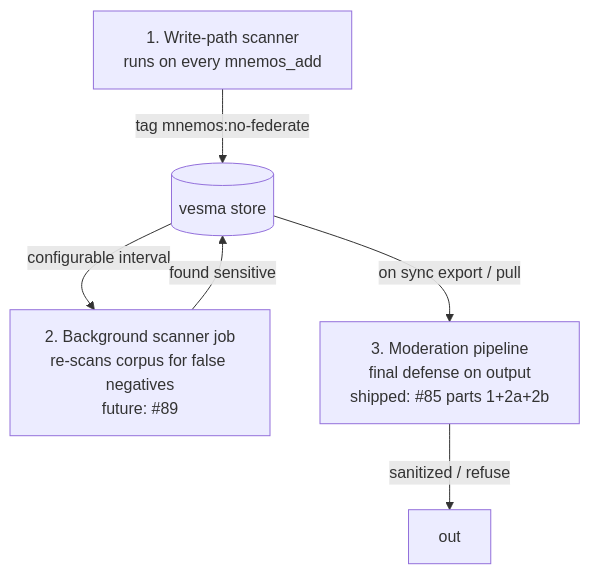
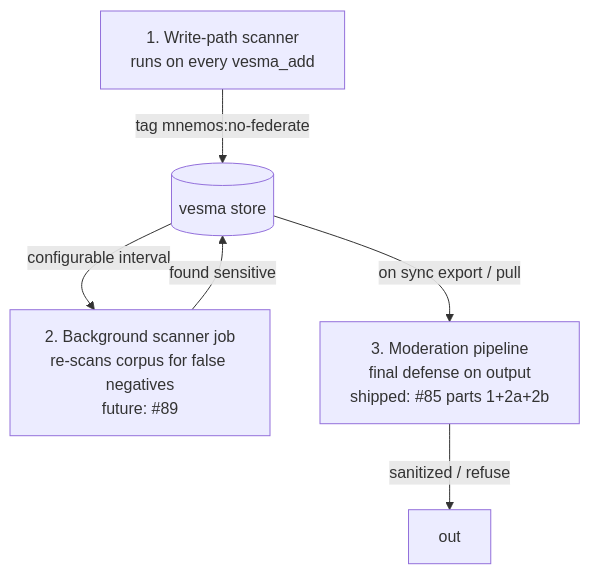
The diagram in docs/en/admin/security.md (vesmaro/vesma), drawn with Mermaid before and after one commit. The commit also changed other lines of this file and 97 other files, not shown here.

````diff
--- a/docs/en/admin/security.md
+++ b/docs/en/admin/security.md
@@ -416,8 +416,8 @@
 ```mermaid
 flowchart TB
-    L1[1. Write-path scanner\nruns on every mnemos_add] -->|tag mnemos:no-federate| DB[(vesma store)]
+    L1[1. Write-path scanner\nruns on every vesma_add] -->|tag mnemos:no-federate| DB[(vesma store)]
     DB -->|configurable interval| L2[2. Background scanner job\nre-scans corpus for false negatives\nfuture: #89]
     L2 -->|found sensitive| DB
     DB -->|on sync export / pull| L3[3. Moderation pipeline\nfinal defense on output\nshipped: #85 parts 1+2a+2b]
     L3 -->|sanitized / refuse| OUT[out]
 ```
````
